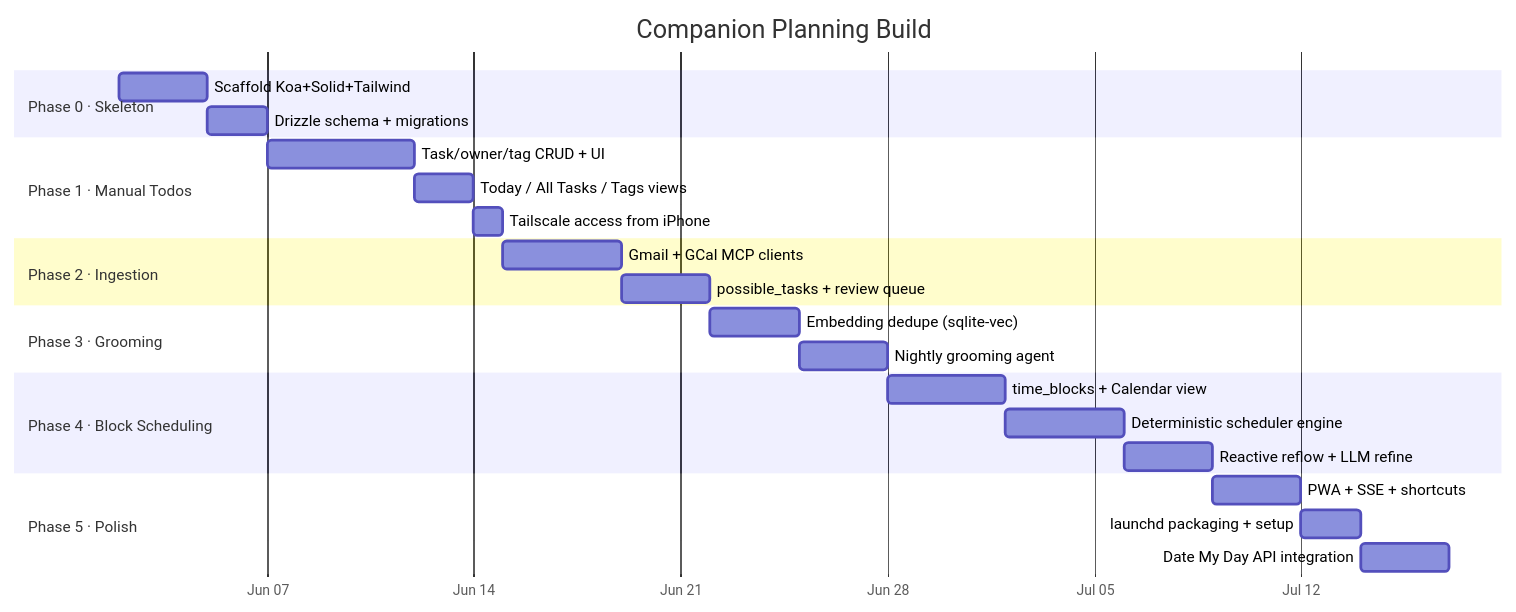
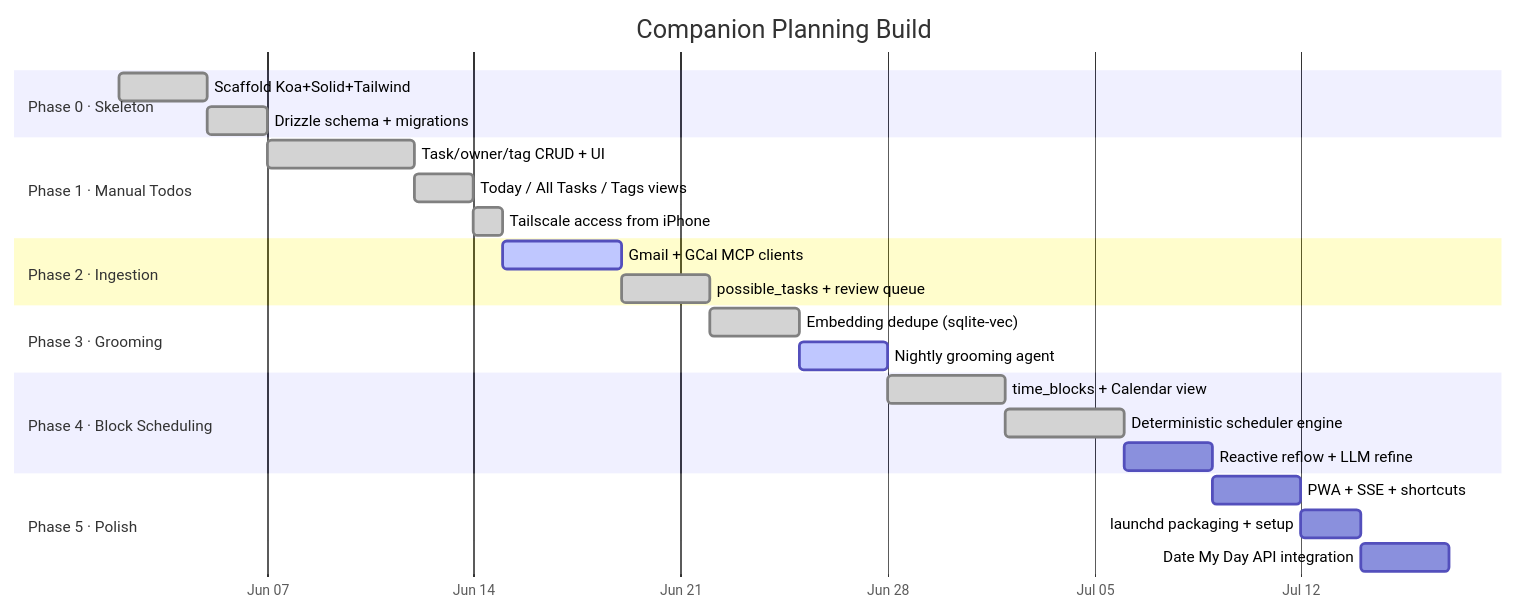
Before and after one commit to companionintelligence/CI-Planning: the seventh of 7 diagrams in ARCHITECTURE.md, drawn with Mermaid. The commit also changed other lines of this file and 18 other files, not shown here.

````diff
--- a/ARCHITECTURE.md
+++ b/ARCHITECTURE.md
@@ -436,27 +456,27 @@
 ```mermaid
 gantt
     title Companion Planning Build
     dateFormat YYYY-MM-DD
     axisFormat %b %d
     section Phase 0 · Skeleton
-    Scaffold Koa+Solid+Tailwind   :p0a, 2026-06-02, 3d
-    Drizzle schema + migrations    :p0b, after p0a, 2d
+    Scaffold Koa+Solid+Tailwind   :done, p0a, 2026-06-02, 3d
+    Drizzle schema + migrations    :done, p0b, after p0a, 2d
     section Phase 1 · Manual Todos
-    Task/owner/tag CRUD + UI       :p1a, after p0b, 5d
-    Today / All Tasks / Tags views :p1b, after p1a, 2d
-    Tailscale access from iPhone   :p1c, after p1b, 1d
+    Task/owner/tag CRUD + UI       :done, p1a, after p0b, 5d
+    Today / All Tasks / Tags views :done, p1b, after p1a, 2d
+    Tailscale access from iPhone   :done, p1c, after p1b, 1d
     section Phase 2 · Ingestion
-    Gmail + GCal MCP clients       :p2a, after p1c, 4d
-    possible_tasks + review queue  :p2b, after p2a, 3d
+    Gmail + GCal MCP clients       :active, p2a, after p1c, 4d
+    possible_tasks + review queue  :done, p2b, after p2a, 3d
     section Phase 3 · Grooming
-    Embedding dedupe (sqlite-vec)  :p3a, after p2b, 3d
-    Nightly grooming agent         :p3b, after p3a, 3d
+    Embedding dedupe (sqlite-vec)  :done, p3a, after p2b, 3d
+    Nightly grooming agent         :active, p3b, after p3a, 3d
     section Phase 4 · Block Scheduling
-    time_blocks + Calendar view    :p4a, after p3b, 4d
-    Deterministic scheduler engine :p4b, after p4a, 4d
+    time_blocks + Calendar view    :done, p4a, after p3b, 4d
+    Deterministic scheduler engine :done, p4b, after p4a, 4d
     Reactive reflow + LLM refine   :p4c, after p4b, 3d
     section Phase 5 · Polish
     PWA + SSE + shortcuts          :p5a, after p4c, 3d
     launchd packaging + setup      :p5b, after p5a, 2d
     Date My Day API integration    :p5c, after p5b, 3d
 ```
````
